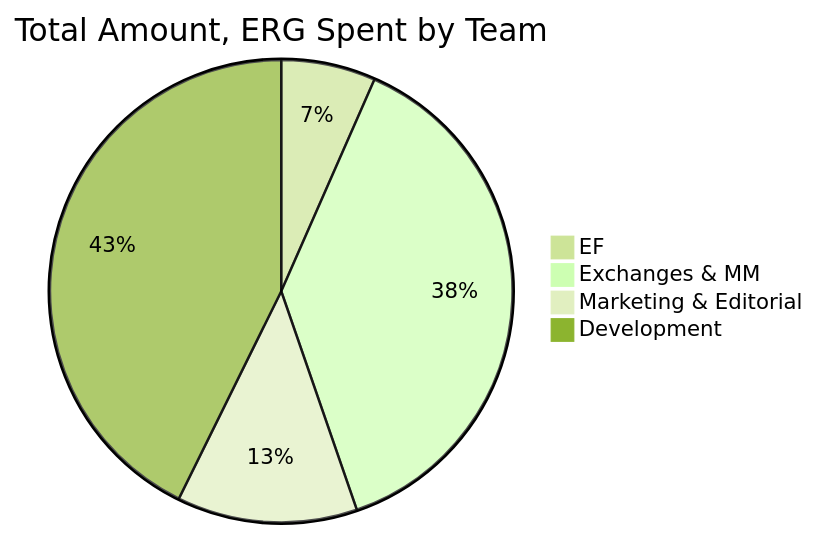
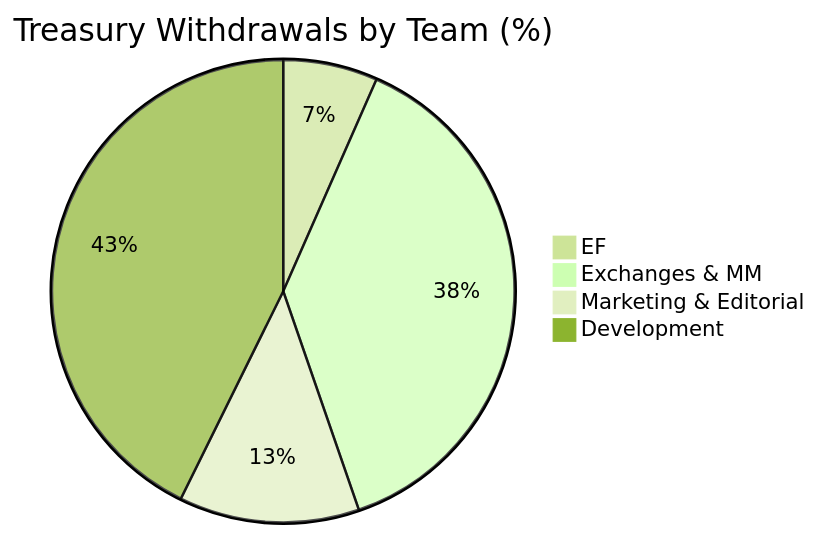
Before and after one commit to ergoplatform/ergodocs: the first of 3 diagrams in docs/ef/ef-treasury.md, drawn with Mermaid (forest theme). The commit also changed other lines of this file, not shown here.

````diff
--- a/docs/ef/ef-treasury.md
+++ b/docs/ef/ef-treasury.md
@@ -20,7 +20,7 @@
 ```mermaid
-pie title Total Amount, ERG Spent by Team 
+pie title Treasury Withdrawals by Team (%)
     "EF" : 6.6
     "Exchanges & MM" : 38.1
     "Marketing & Editorial" : 12.6
     "Development" : 42.7
 ```
````
